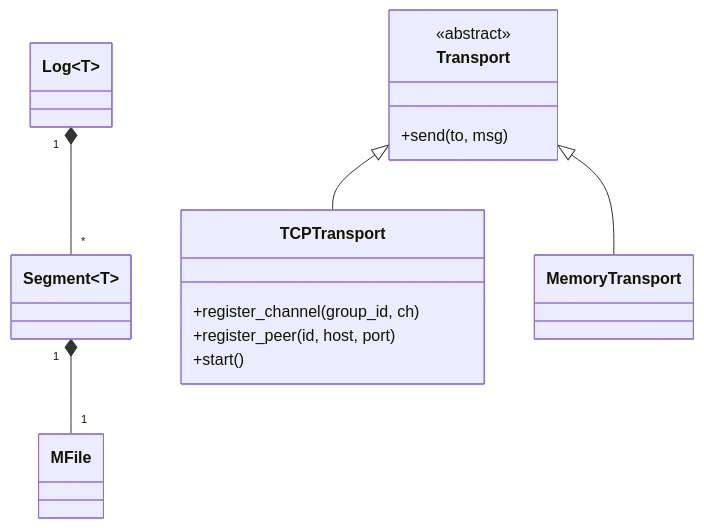
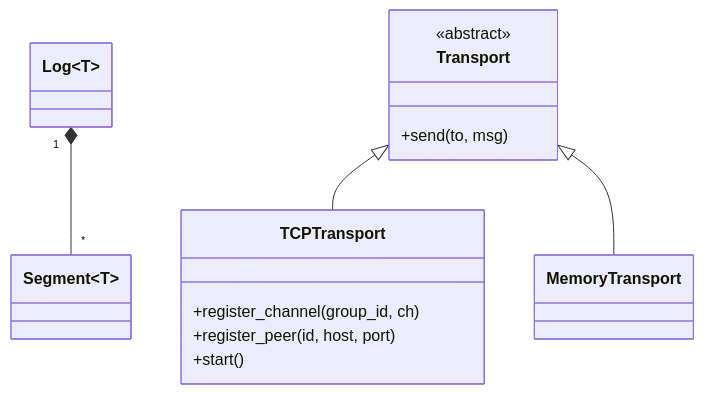
The fifth of 7 diagrams in ARCHITECTURE.md (84codes/raft.cr), drawn with Mermaid before and after one commit. The commit also changed other lines of this file and 12 other files, not shown here.

Commit message:
Simplify segment storage: MFile → append-mode regular files (supersedes #5) (#7)

````diff
--- a/ARCHITECTURE.md
+++ b/ARCHITECTURE.md
@@ -328,22 +366,20 @@
 ```mermaid
 classDiagram
     class Log~T~
     class Segment~T~
-    class MFile
 
     class Transport {
         <<abstract>>
         +send(to, msg)
     }
     class TCPTransport {
         +register_channel(group_id, ch)
         +register_peer(id, host, port)
         +start()
     }
     class MemoryTransport
 
     Log "1" *-- "*" Segment
-    Segment "1" *-- "1" MFile
     Transport <|-- TCPTransport
     Transport <|-- MemoryTransport
 ```
````
